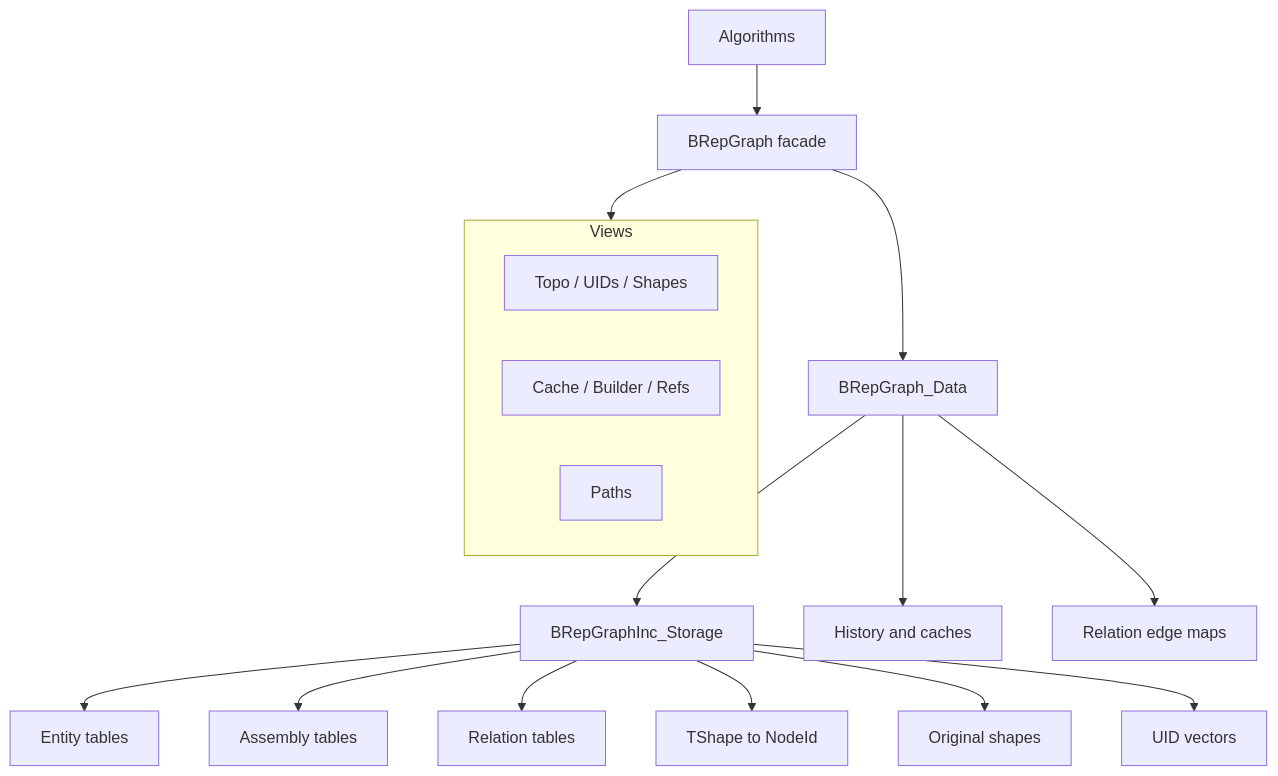
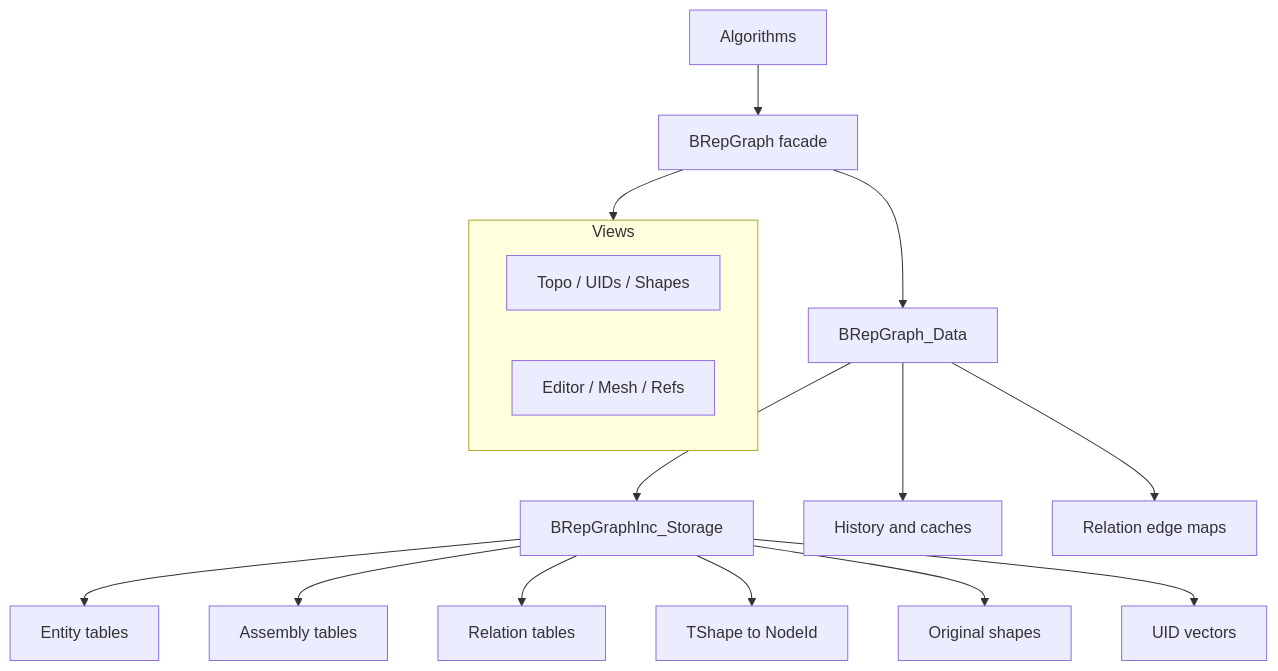
The first of 4 diagrams in src/ModelingData/TKBRep/BRepGraph/README.md (Open-Cascade-SAS/OCCT), drawn with Mermaid before and after one commit. The commit also changed other lines of this file and 2 other files, not shown here.

````diff
--- a/src/ModelingData/TKBRep/BRepGraph/README.md
+++ b/src/ModelingData/TKBRep/BRepGraph/README.md
@@ -55,23 +55,22 @@
 ```mermaid
 flowchart TB
   A[Algorithms] --> G[BRepGraph facade]
 
   subgraph Views
     V1[Topo / UIDs / Shapes]
-    V2[Cache / Builder / Refs]
-    V3[Paths]
+    V2[Editor / Mesh / Refs]
   end
 
   G --> Views
   G --> D[BRepGraph_Data]
   D --> S[BRepGraphInc_Storage]
   D --> H[History and caches]
   D --> R[Relation edge maps]
 
   S --> E[Entity tables]
   S --> AS[Assembly tables]
   S --> X[Relation tables]
   S --> T[TShape to NodeId]
   S --> O[Original shapes]
   S --> U[UID vectors]
 ```
````
